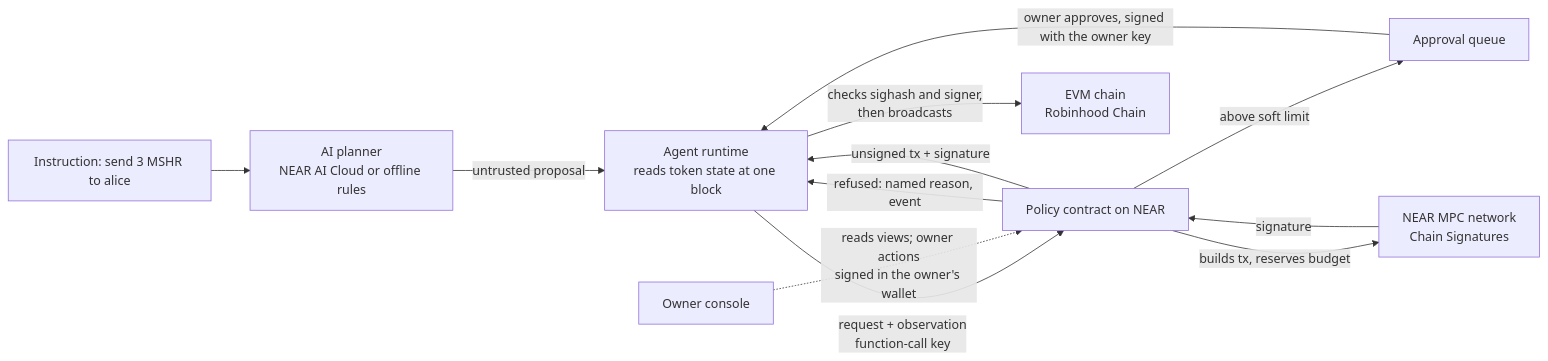
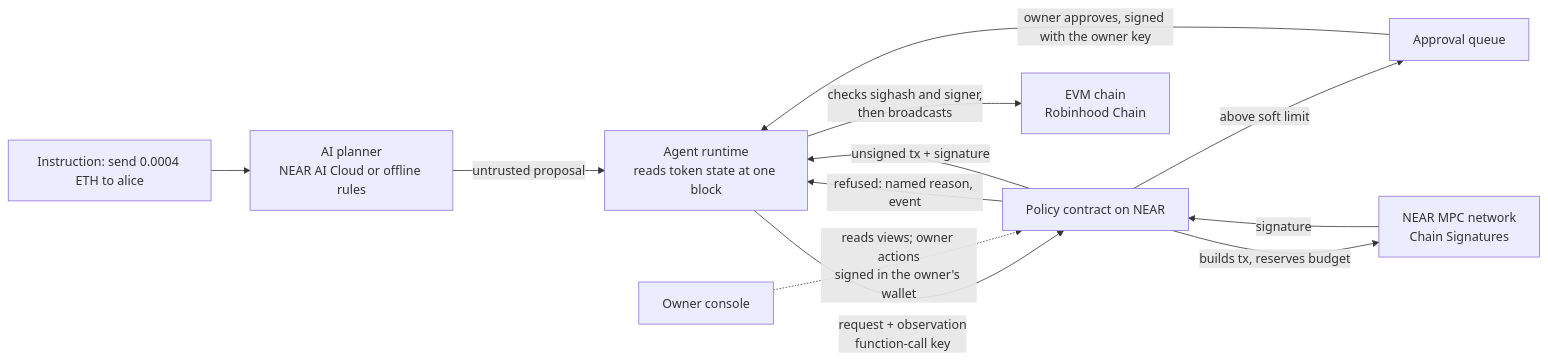
One commit to shareexact/near-policy-signer changed the diagram in README.md. Above: the diagram before and after it, drawn with Mermaid. The commit also changed other lines of this file and 3 other files, not shown here.

````diff
--- a/README.md
+++ b/README.md
@@ -72,14 +72,14 @@
 ```mermaid
 flowchart LR
-  U[Instruction: send 3 MSHR to alice] --> P[AI planner<br/>NEAR AI Cloud or offline rules]
+  U[Instruction: send 0.0004 ETH to alice] --> P[AI planner<br/>NEAR AI Cloud or offline rules]
   P -->|untrusted proposal| A[Agent runtime<br/>reads token state at one block]
   A -->|request + observation<br/>function-call key| C[Policy contract on NEAR]
   C -->|refused: named reason, event| A
   C -->|above soft limit| Q[Approval queue]
   Q -->|owner approves, signed with the owner key| A
   C -->|builds tx, reserves budget| M[NEAR MPC network<br/>Chain Signatures]
   M -->|signature| C
   C -->|unsigned tx + signature| A
   A -->|checks sighash and signer,<br/>then broadcasts| E[EVM chain<br/>Robinhood Chain]
   O[Owner console] -.->|reads views; owner actions<br/>signed in the owner's wallet| C
 ```
````
